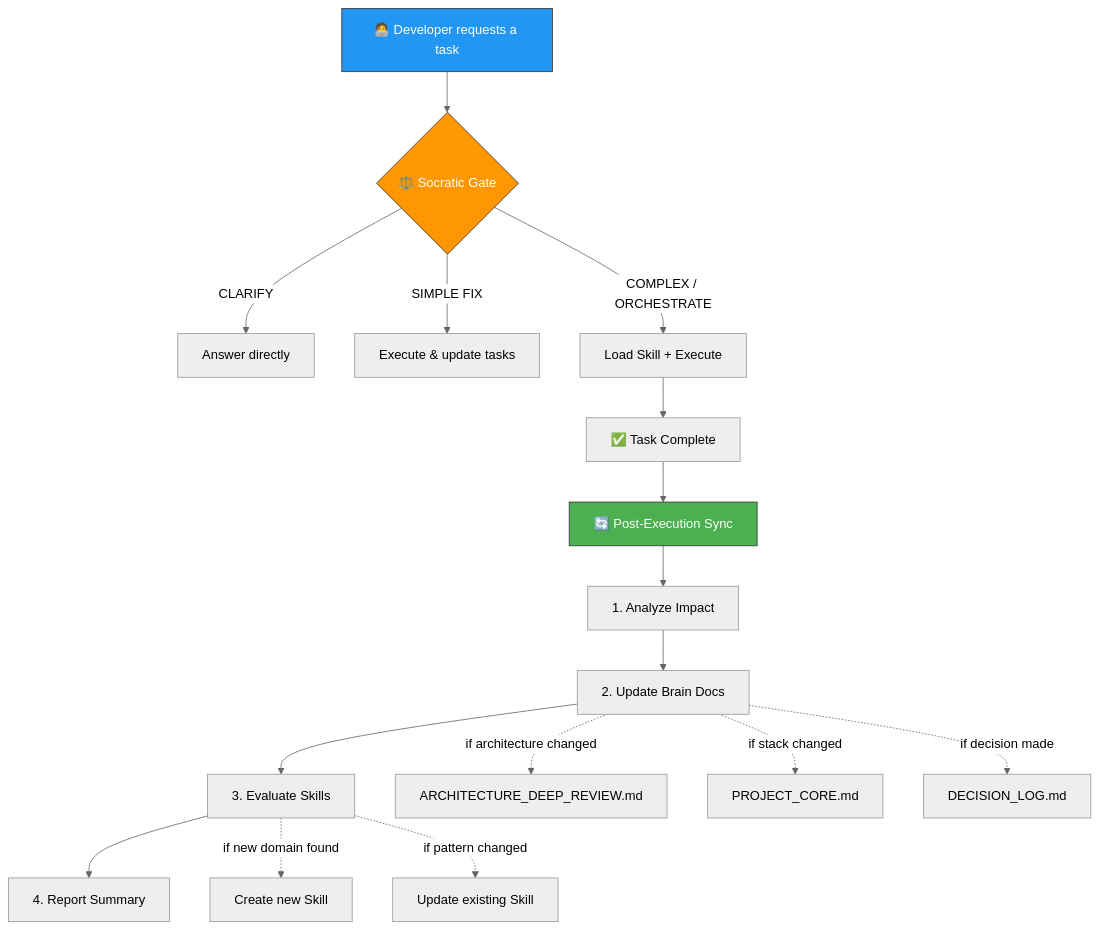
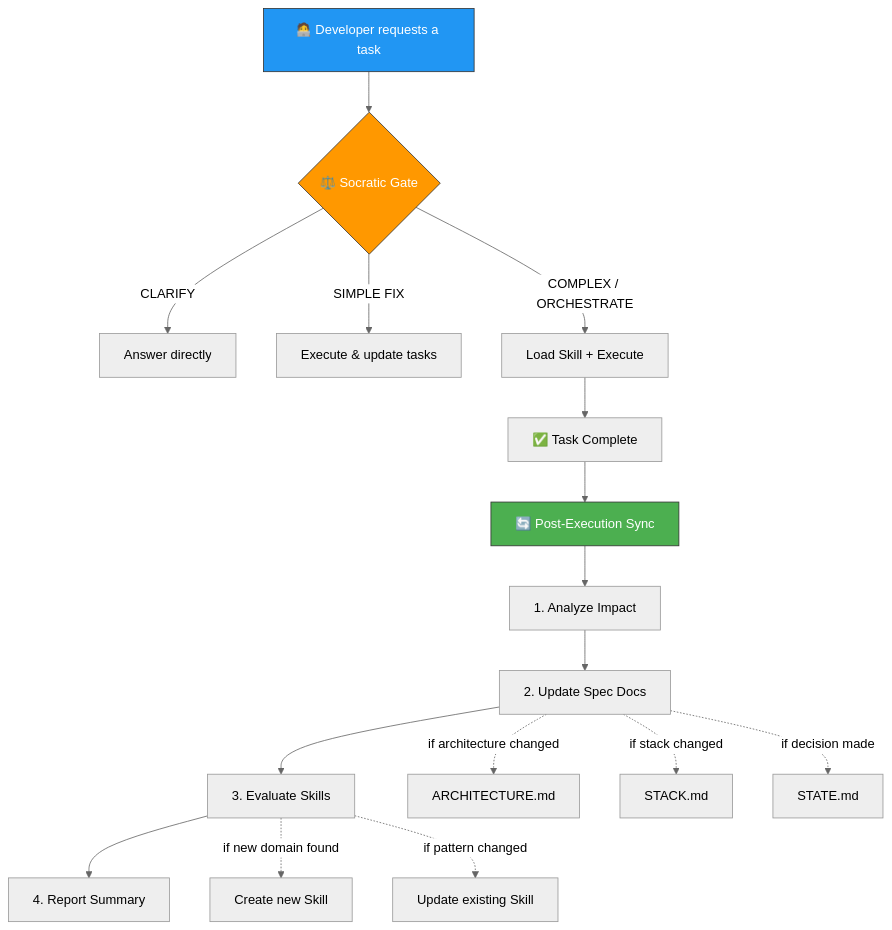
One commit to henriquecaner/brain-agent changed the diagram in README.md. Above: the diagram before and after it, drawn with Mermaid (neutral theme). The commit also changed other lines of this file and 45 other files, not shown here.

First line of the commit message:
feat!: migrate from Brain/ to .specs/ architecture (v2.0.0)

````diff
--- a/README.md
+++ b/README.md
@@ -202,25 +214,25 @@
 ```mermaid
 flowchart TD
     A["🧑‍💻 Developer requests a task"] --> B{"⚖️ Socratic Gate"}
     B -->|CLARIFY| C["Answer directly"]
     B -->|SIMPLE FIX| D["Execute & update tasks"]
     B -->|COMPLEX / ORCHESTRATE| E["Load Skill + Execute"]
 
     E --> F["✅ Task Complete"]
     F --> G["🔄 Post-Execution Sync"]
 
     G --> H["1. Analyze Impact"]
-    H --> I["2. Update Brain Docs"]
+    H --> I["2. Update Spec Docs"]
     I --> J["3. Evaluate Skills"]
     J --> K["4. Report Summary"]
 
-    I -.->|if architecture changed| L["ARCHITECTURE_DEEP_REVIEW.md"]
-    I -.->|if stack changed| M["PROJECT_CORE.md"]
-    I -.->|if decision made| N["DECISION_LOG.md"]
+    I -.->|if architecture changed| L["ARCHITECTURE.md"]
+    I -.->|if stack changed| M["STACK.md"]
+    I -.->|if decision made| N["STATE.md"]
     J -.->|if new domain found| O["Create new Skill"]
     J -.->|if pattern changed| P["Update existing Skill"]
 
     style G fill:#4CAF50,stroke:#333,color:#fff
     style A fill:#2196F3,stroke:#333,color:#fff
     style B fill:#FF9800,stroke:#333,color:#fff
 ```
````
